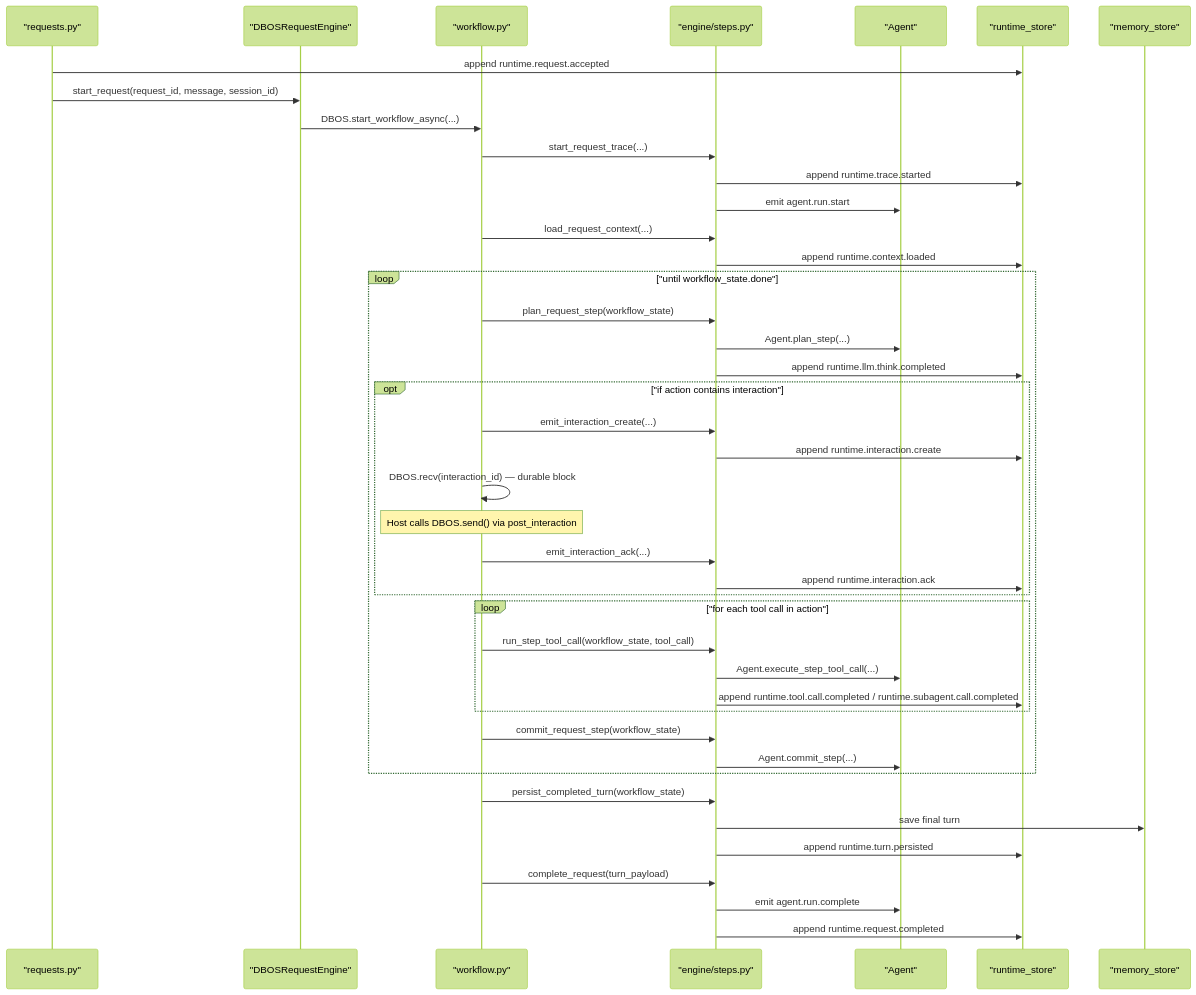
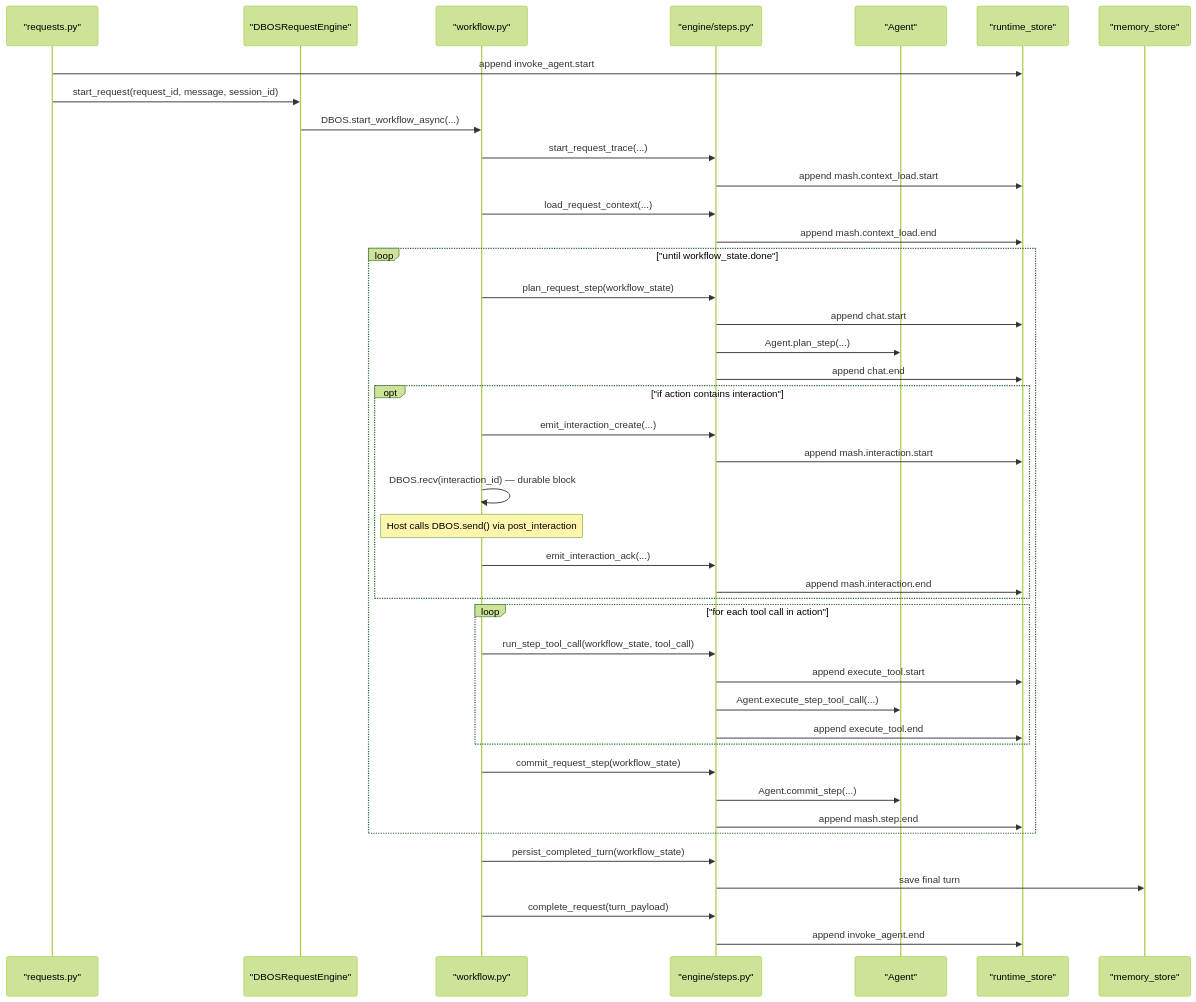
The diagram in src/mash/runtime/engine/README.md (imsid/mashpy), drawn with Mermaid (forest theme) before and after one commit. The commit also changed other lines of this file and 137 other files, not shown here.

````diff
--- a/src/mash/runtime/engine/README.md
+++ b/src/mash/runtime/engine/README.md
@@ -310,50 +311,50 @@
 ```mermaid
 sequenceDiagram
     participant Req as "requests.py"
     participant Eng as "DBOSRequestEngine"
     participant WF as "workflow.py"
     participant Step as "engine/steps.py"
     participant Agent as "Agent"
     participant Store as "runtime_store"
     participant Memory as "memory_store"
 
-    Req->>Store: append runtime.request.accepted
+    Req->>Store: append invoke_agent.start
     Req->>Eng: start_request(request_id, message, session_id)
     Eng->>WF: DBOS.start_workflow_async(...)
     WF->>Step: start_request_trace(...)
-    Step->>Store: append runtime.trace.started
-    Step->>Agent: emit agent.run.start
+    Step->>Store: append mash.context_load.start
     WF->>Step: load_request_context(...)
-    Step->>Store: append runtime.context.loaded
+    Step->>Store: append mash.context_load.end
 
     loop "until workflow_state.done"
         WF->>Step: plan_request_step(workflow_state)
+        Step->>Store: append chat.start
         Step->>Agent: Agent.plan_step(...)
-        Step->>Store: append runtime.llm.think.completed
+        Step->>Store: append chat.end
 
         opt "if action contains interaction"
             WF->>Step: emit_interaction_create(...)
-            Step->>Store: append runtime.interaction.create
+            Step->>Store: append mash.interaction.start
             WF->>WF: DBOS.recv(interaction_id) — durable block
             Note over WF: Host calls DBOS.send() via post_interaction
             WF->>Step: emit_interaction_ack(...)
-            Step->>Store: append runtime.interaction.ack
+            Step->>Store: append mash.interaction.end
         end
 
         loop "for each tool call in action"
             WF->>Step: run_step_tool_call(workflow_state, tool_call)
+            Step->>Store: append execute_tool.start
             Step->>Agent: Agent.execute_step_tool_call(...)
-            Step->>Store: append runtime.tool.call.completed / runtime.subagent.call.completed
+            Step->>Store: append execute_tool.end
         end
 
         WF->>Step: commit_request_step(workflow_state)
         Step->>Agent: Agent.commit_step(...)
+        Step->>Store: append mash.step.end
     end
 
     WF->>Step: persist_completed_turn(workflow_state)
     Step->>Memory: save final turn
-    Step->>Store: append runtime.turn.persisted
     WF->>Step: complete_request(turn_payload)
-    Step->>Agent: emit agent.run.complete
-    Step->>Store: append runtime.request.completed
+    Step->>Store: append invoke_agent.end
 ```
````
